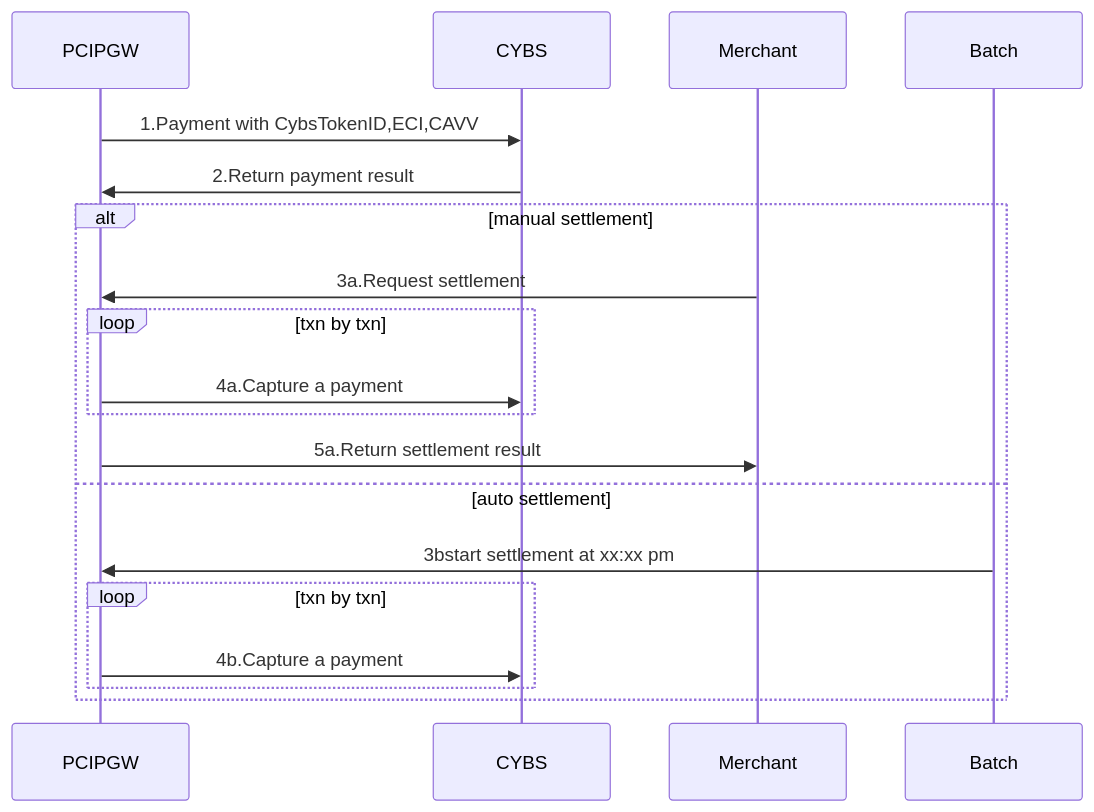
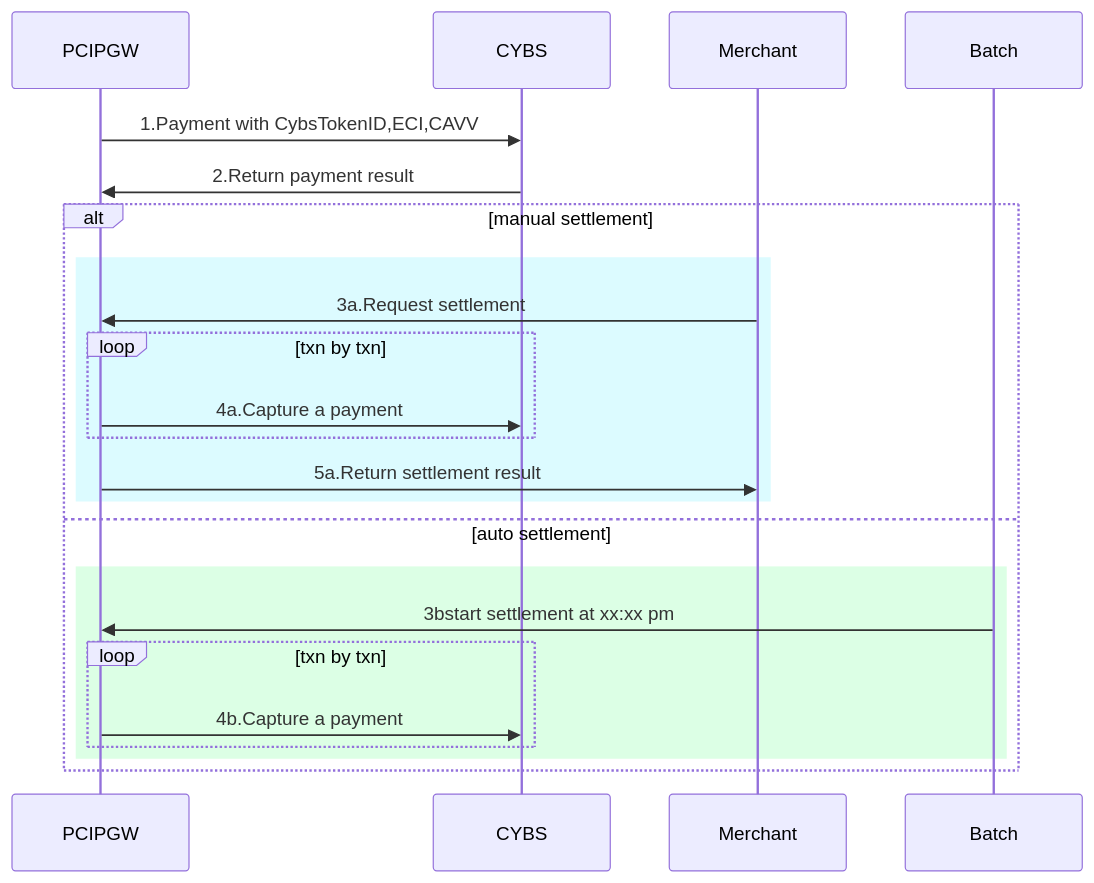
One commit to yuusuke25/MyNotes changed the first of 3 diagrams in Cybs-Ph2-Flow2.md. Above: the diagram before and after it, drawn with Mermaid.

````diff
--- a/Cybs-Ph2-Flow2.md
+++ b/Cybs-Ph2-Flow2.md
@@ -2,18 +2,22 @@
 ```mermaid
     sequenceDiagram
         PCIPGW->>CYBS:1.Payment with CybsTokenID,ECI,CAVV
         CYBS->>PCIPGW:2.Return payment result
         
         alt manual settlement
+         rect rgb(220, 251, 255)
           Merchant->>PCIPGW:3a.Request settlement
           loop txn by txn
             PCIPGW->>CYBS:4a.Capture a payment
           end
           PCIPGW->>Merchant:5a.Return settlement result
+         end
         else auto settlement
+         rect rgb(220, 255, 229)
           Batch->>PCIPGW:3bstart settlement at xx:xx pm
           loop txn by txn
             PCIPGW->>CYBS:4b.Capture a payment
           end
+         end
         end
 ```
````
